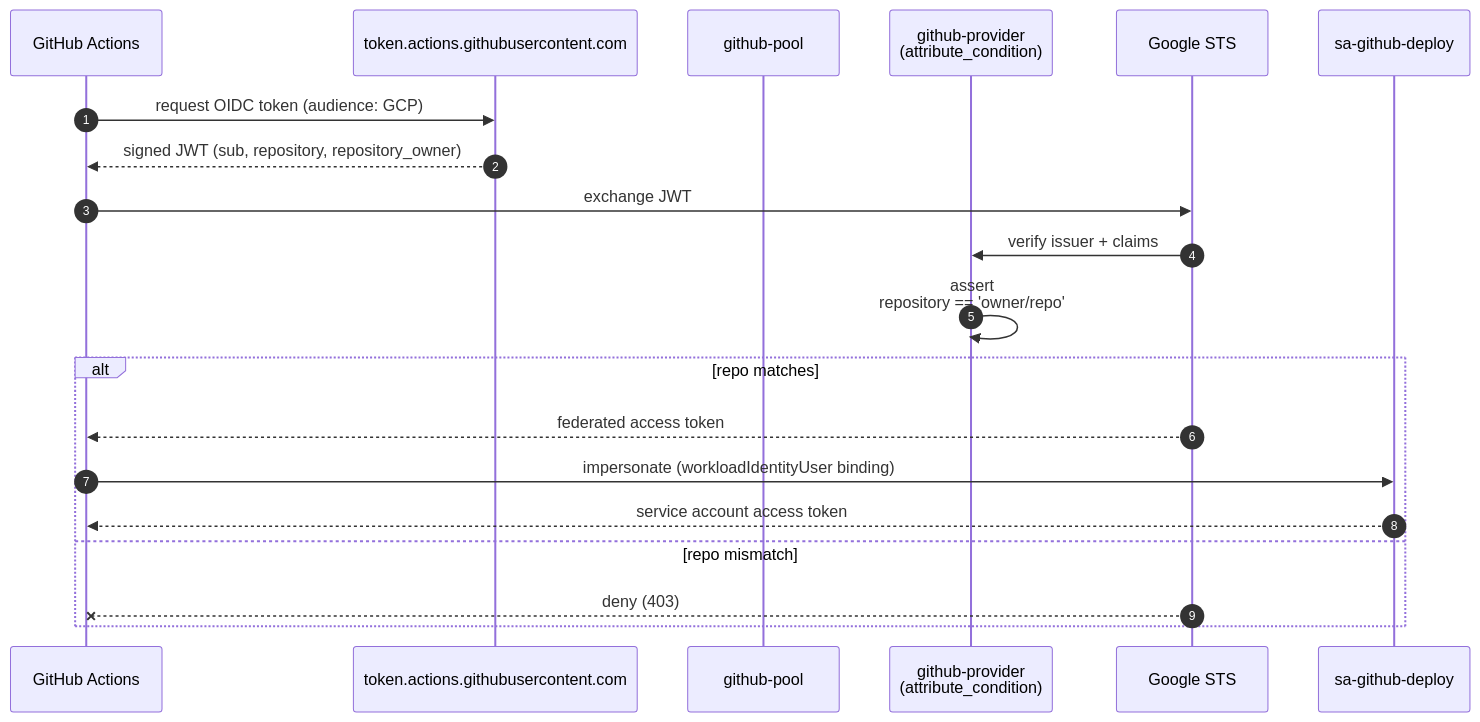
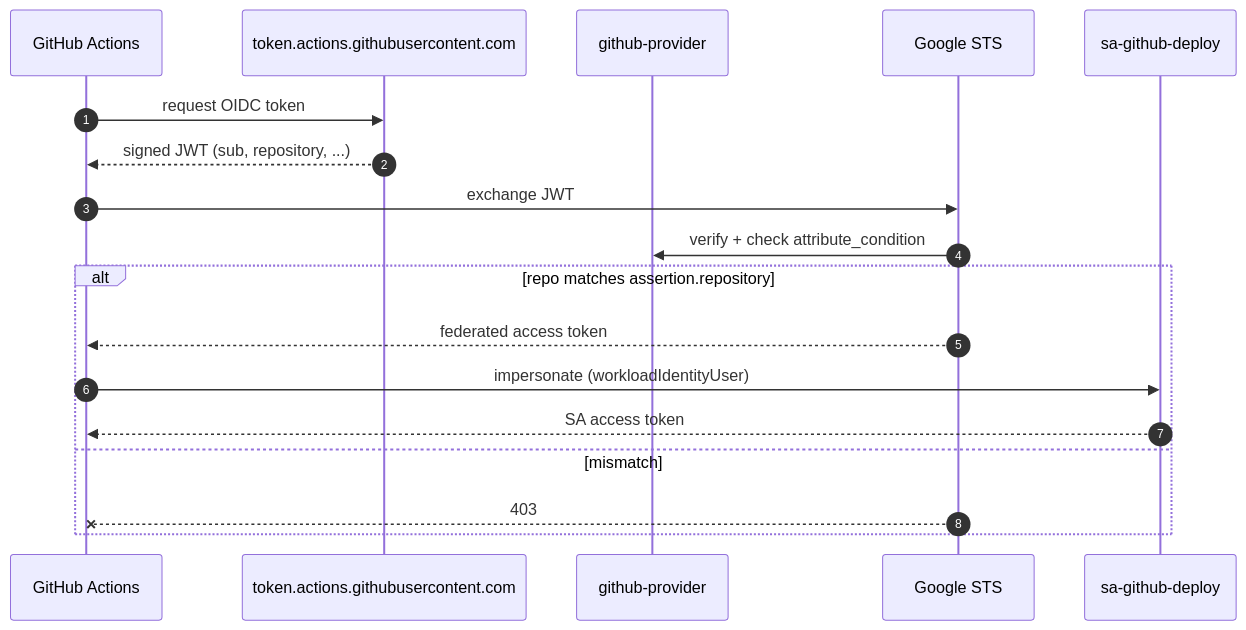
The second of 2 diagrams in diagrams/02-infrastructure-terraform.md (Dockdep/LessonHub), drawn with Mermaid before and after one commit. The commit also changed other lines of this file and 36 other files, not shown here.

````diff
--- a/diagrams/02-infrastructure-terraform.md
+++ b/diagrams/02-infrastructure-terraform.md
@@ -204,23 +93,21 @@
 ```mermaid
 sequenceDiagram
   autonumber
   participant GHA as GitHub Actions
   participant OIDC as token.actions.githubusercontent.com
-  participant Pool as github-pool
-  participant Provider as github-provider<br/>(attribute_condition)
+  participant Provider as github-provider
   participant STS as Google STS
   participant SA as sa-github-deploy
 
-  GHA->>OIDC: request OIDC token (audience: GCP)
-  OIDC-->>GHA: signed JWT (sub, repository, repository_owner)
+  GHA->>OIDC: request OIDC token
+  OIDC-->>GHA: signed JWT (sub, repository, ...)
   GHA->>STS: exchange JWT
-  STS->>Provider: verify issuer + claims
-  Provider->>Provider: assert<br/>repository == 'owner/repo'
-  alt repo matches
+  STS->>Provider: verify + check attribute_condition
+  alt repo matches assertion.repository
     STS-->>GHA: federated access token
-    GHA->>SA: impersonate (workloadIdentityUser binding)
-    SA-->>GHA: service account access token
-  else repo mismatch
-    STS--xGHA: deny (403)
+    GHA->>SA: impersonate (workloadIdentityUser)
+    SA-->>GHA: SA access token
+  else mismatch
+    STS--xGHA: 403
   end
 ```
````
